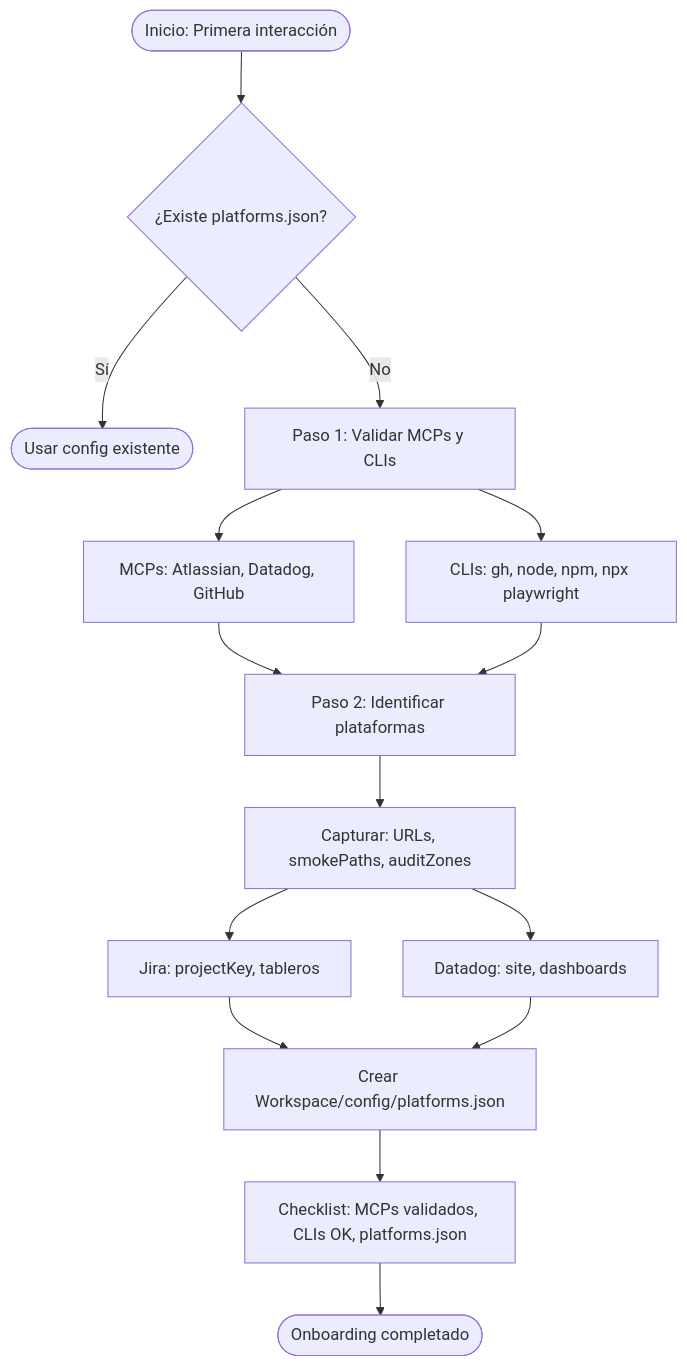
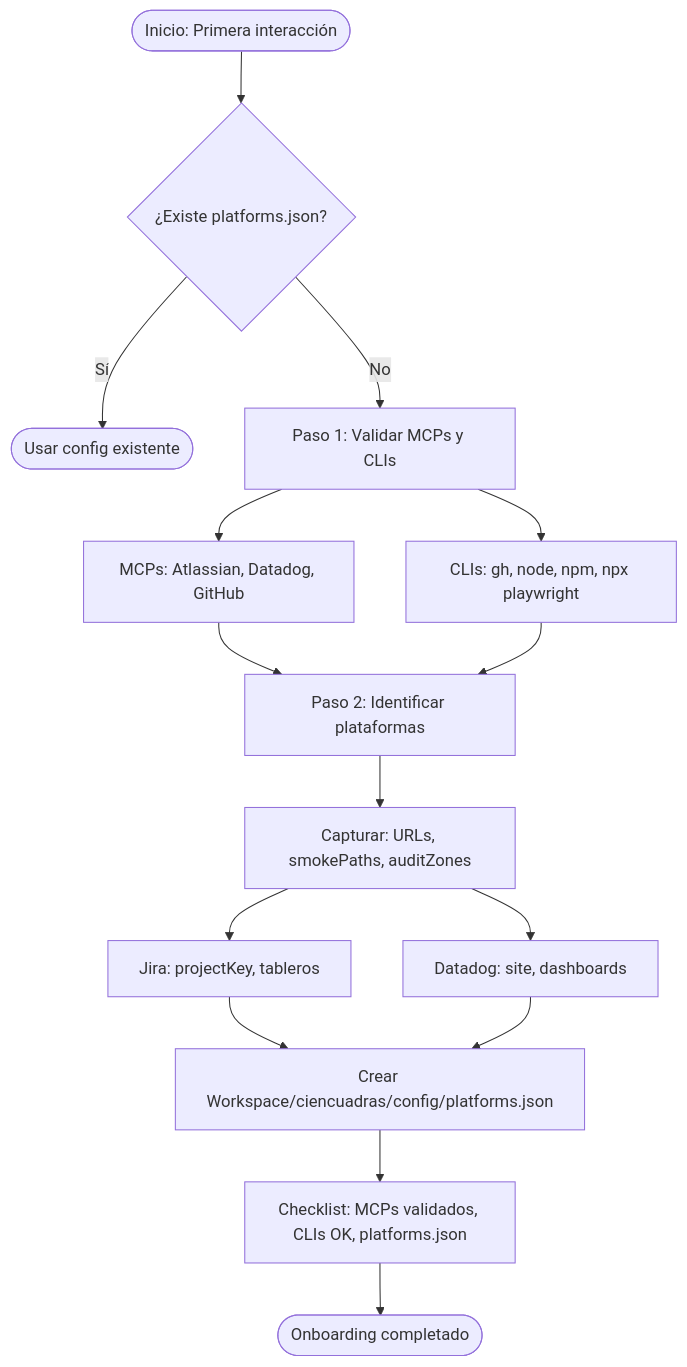
One commit to CARLOSPATINOVELEZ19/prueba-agente-po changed the diagram in docs/onboarding/01-flujo-primera-interaccion.md. Above: the diagram before and after it, drawn with Mermaid. The commit also changed other lines of this file and 52 other files, not shown here.

````diff
--- a/docs/onboarding/01-flujo-primera-interaccion.md
+++ b/docs/onboarding/01-flujo-primera-interaccion.md
@@ -13,22 +13,22 @@
 ```mermaid
 flowchart TB
     Start([Inicio: Primera interacción]) --> Check{¿Existe platforms.json?}
     Check -->|Sí| End([Usar config existente])
     Check -->|No| Step1[Paso 1: Validar MCPs y CLIs]
 
     Step1 --> MCP[MCPs: Atlassian, Datadog, GitHub]
     Step1 --> CLI[CLIs: gh, node, npm, npx playwright]
 
     MCP --> Step2[Paso 2: Identificar plataformas]
     CLI --> Step2
 
     Step2 --> Capture[Capturar: URLs, smokePaths, auditZones]
     Capture --> Jira[Jira: projectKey, tableros]
     Capture --> DD[Datadog: site, dashboards]
 
-    Jira --> Create[Crear Workspace/config/platforms.json]
+    Jira --> Create[Crear Workspace/ciencuadras/config/platforms.json]
     DD --> Create
 
     Create --> Checklist[Checklist: MCPs validados, CLIs OK, platforms.json]
     Checklist --> End2([Onboarding completado])
 ```
````
